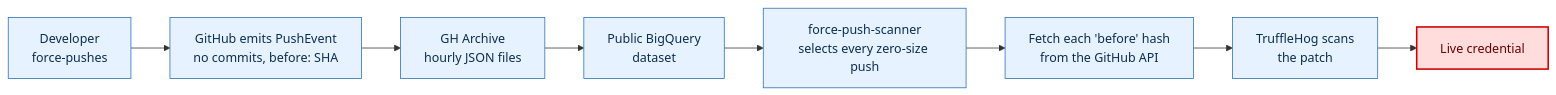
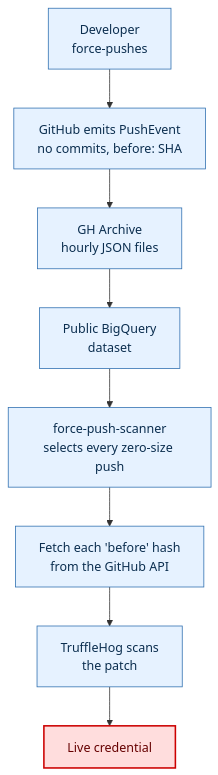
The fifth of 8 diagrams in README.md (chrisns/example-orphaned-commit-repo), drawn with Mermaid before and after one commit. The commit also changed other lines of this file, not shown here.

Commit message:
Improve the diagram layouts so they read at full width

````diff
--- a/README.md
+++ b/README.md
@@ -217,15 +216,15 @@
 ```mermaid
-flowchart LR
+flowchart TB
     A["Developer<br/>force-pushes"] --> B["GitHub emits PushEvent<br/>no commits, before: SHA"]
     B --> C["GH Archive<br/>hourly JSON files"]
     C --> D["Public BigQuery<br/>dataset"]
     D --> E["force-push-scanner<br/>selects every zero-size push"]
     E --> F["Fetch each 'before' hash<br/>from the GitHub API"]
     F --> G["TruffleHog scans<br/>the patch"]
     G --> H["Live credential"]
 
     classDef danger fill:#ffdddd,stroke:#cc0000,stroke-width:2px,color:#660000
     classDef step fill:#e6f2ff,stroke:#2f6fb0,color:#0b2e4f
     class H danger
     class A,B,C,D,E,F,G step
 ```
````
